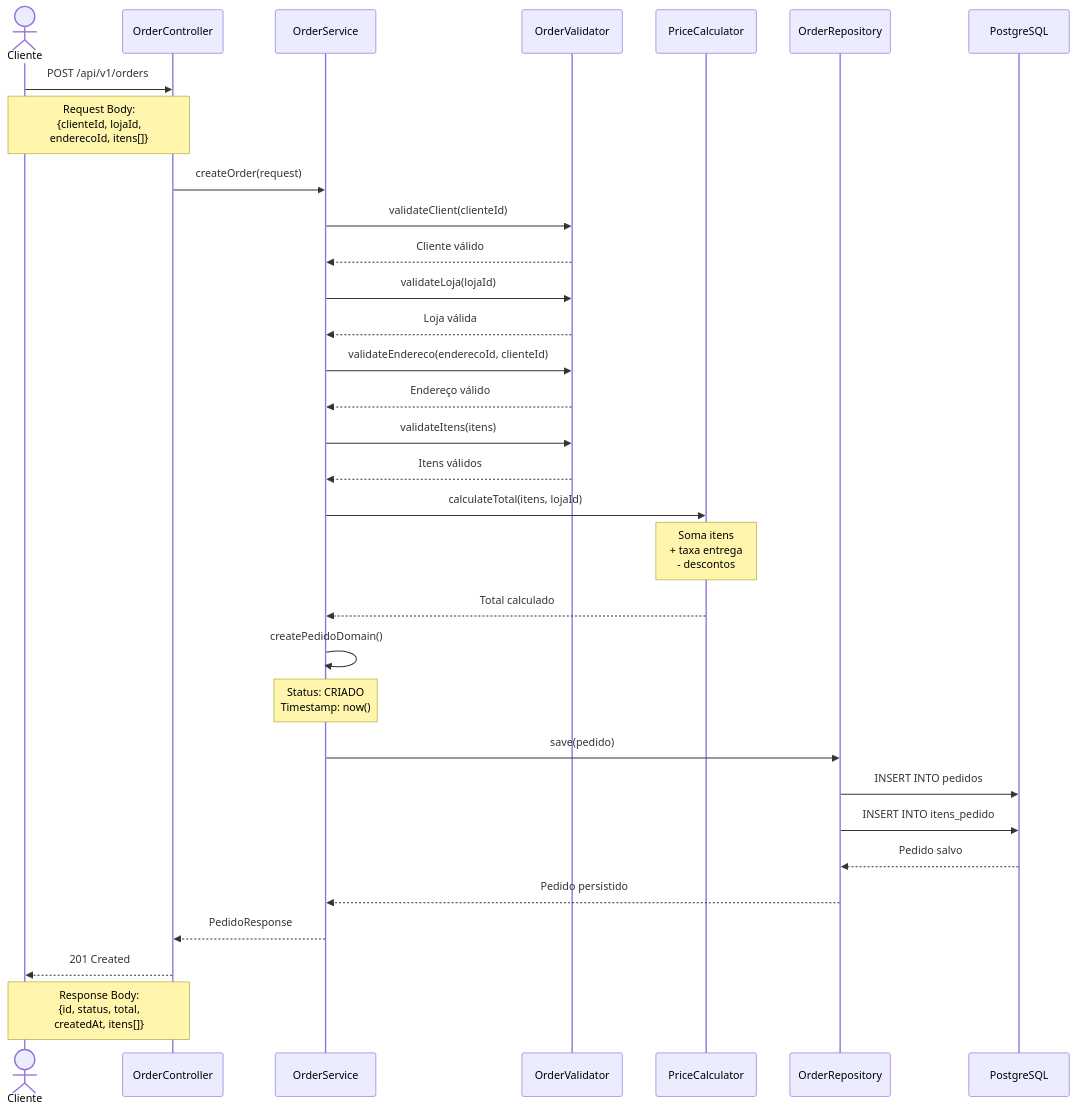
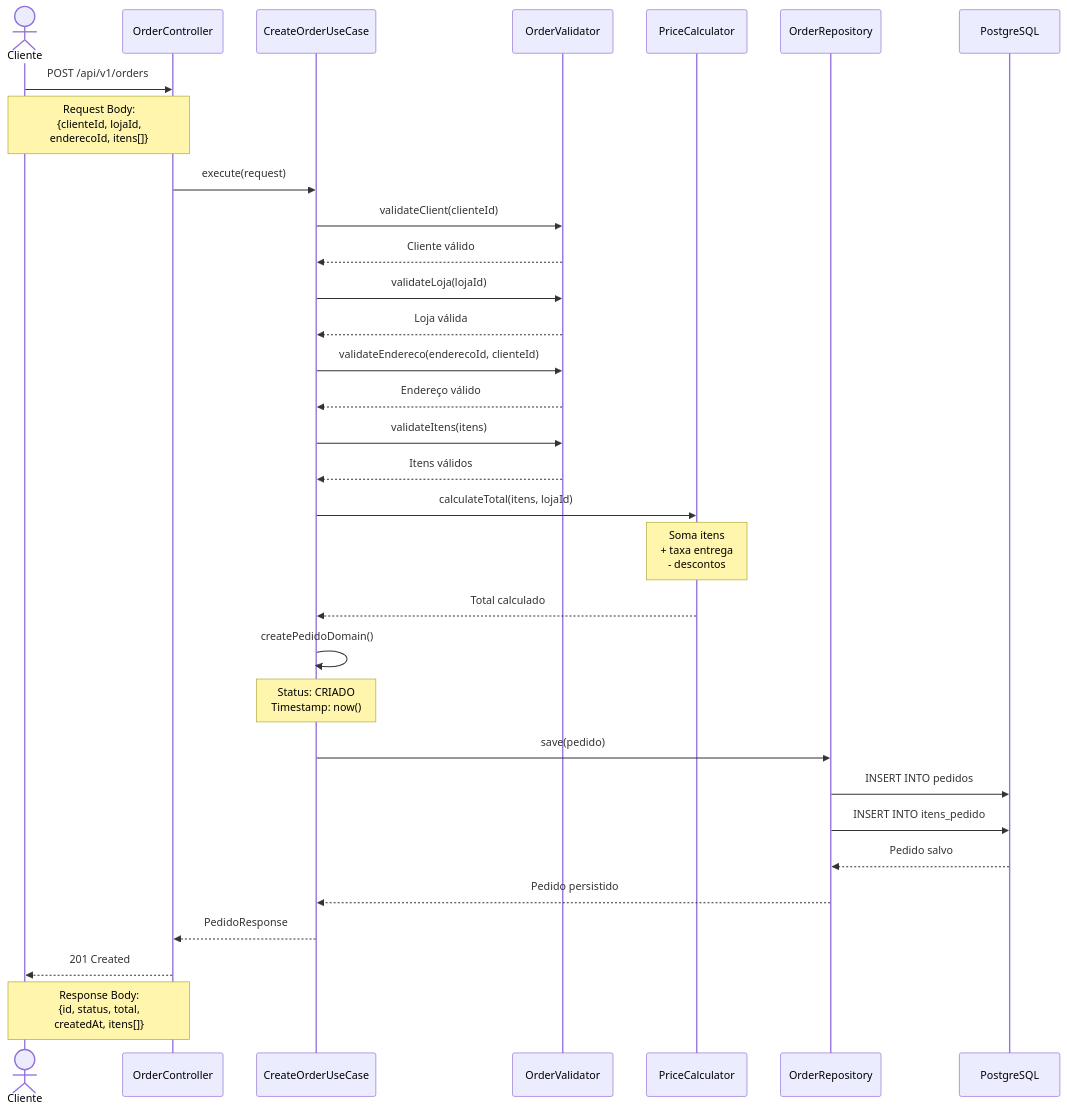
Before and after one commit to leandro-yamaniha/spring-boot-4-poc: the first of 4 diagrams in historias/fase1/HIST-001-criacao-pedido-fluxo.md, drawn with Mermaid. The commit also changed other lines of this file and 1 other file, not shown here.

First line of the commit message:
refactor(HIST-001): migrar de Service Layer para Use Cases

````diff
--- a/historias/fase1/HIST-001-criacao-pedido-fluxo.md
+++ b/historias/fase1/HIST-001-criacao-pedido-fluxo.md
@@ -5,44 +5,44 @@
 ```mermaid
 sequenceDiagram
     actor Cliente
     participant API as OrderController
-    participant Service as OrderService
+    participant UseCase as CreateOrderUseCase
     participant Validator as OrderValidator
     participant Calculator as PriceCalculator
     participant Repo as OrderRepository
     participant DB as PostgreSQL
 
     Cliente->>API: POST /api/v1/orders
     Note over Cliente,API: Request Body:<br/>{clienteId, lojaId,<br/>enderecoId, itens[]}
     
-    API->>Service: createOrder(request)
+    API->>UseCase: execute(request)
     
-    Service->>Validator: validateClient(clienteId)
-    Validator-->>Service: Cliente válido
+    UseCase->>Validator: validateClient(clienteId)
+    Validator-->>UseCase: Cliente válido
     
-    Service->>Validator: validateLoja(lojaId)
-    Validator-->>Service: Loja válida
+    UseCase->>Validator: validateLoja(lojaId)
+    Validator-->>UseCase: Loja válida
     
-    Service->>Validator: validateEndereco(enderecoId, clienteId)
-    Validator-->>Service: Endereço válido
+    UseCase->>Validator: validateEndereco(enderecoId, clienteId)
+    Validator-->>UseCase: Endereço válido
     
-    Service->>Validator: validateItens(itens)
-    Validator-->>Service: Itens válidos
+    UseCase->>Validator: validateItens(itens)
+    Validator-->>UseCase: Itens válidos
     
-    Service->>Calculator: calculateTotal(itens, lojaId)
+    UseCase->>Calculator: calculateTotal(itens, lojaId)
     Note over Calculator: Soma itens<br/>+ taxa entrega<br/>- descontos
-    Calculator-->>Service: Total calculado
+    Calculator-->>UseCase: Total calculado
     
-    Service->>Service: createPedidoDomain()
-    Note over Service: Status: CRIADO<br/>Timestamp: now()
+    UseCase->>UseCase: createPedidoDomain()
+    Note over UseCase: Status: CRIADO<br/>Timestamp: now()
     
-    Service->>Repo: save(pedido)
+    UseCase->>Repo: save(pedido)
     Repo->>DB: INSERT INTO pedidos
     Repo->>DB: INSERT INTO itens_pedido
     DB-->>Repo: Pedido salvo
-    Repo-->>Service: Pedido persistido
+    Repo-->>UseCase: Pedido persistido
     
-    Service-->>API: PedidoResponse
+    UseCase-->>API: PedidoResponse
     API-->>Cliente: 201 Created
     Note over Cliente,API: Response Body:<br/>{id, status, total,<br/>createdAt, itens[]}
 ```
````
